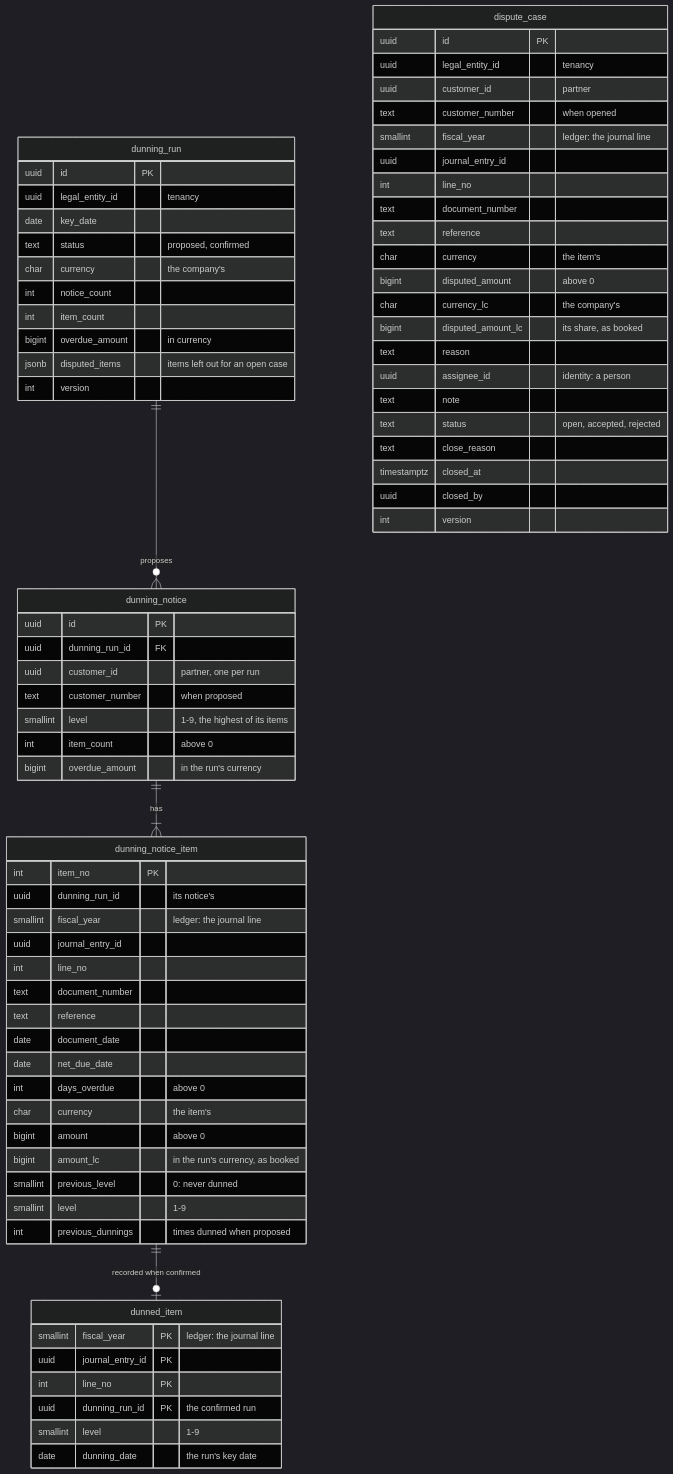
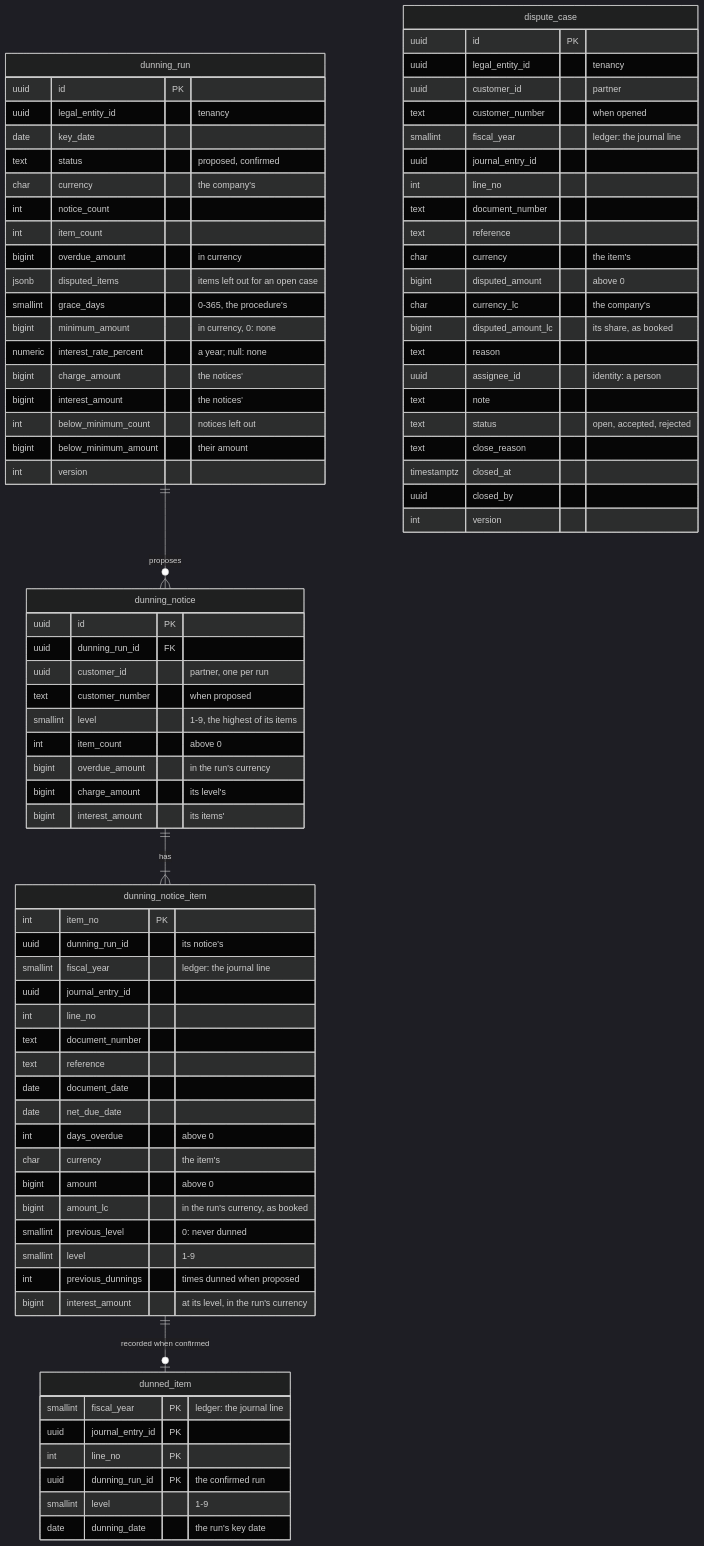
One commit to mustie7iy/agentic-erp changed diagram 15 of 20 in docs/design/03-data-model.md. Above: the diagram before and after it, drawn with Mermaid (dark theme). The commit also changed other lines of this file and 27 other files, not shown here.

First line of the commit message:
T76d: dunning charges, interest, grace days and minimum amounts per company procedure

````diff
--- a/docs/design/03-data-model.md
+++ b/docs/design/03-data-model.md
@@ -4602,66 +4610,76 @@
 ```mermaid
 erDiagram
   dunning_run ||--o{ dunning_notice : "proposes"
   dunning_notice ||--|{ dunning_notice_item : "has"
   dunning_notice_item ||--o| dunned_item : "recorded when confirmed"
   dunning_run { uuid id PK
     uuid legal_entity_id "tenancy"
     date key_date
     text status "proposed, confirmed"
     char currency "the company's"
     int notice_count
     int item_count
     bigint overdue_amount "in currency"
     jsonb disputed_items "items left out for an open case"
+    smallint grace_days "0-365, the procedure's"
+    bigint minimum_amount "in currency, 0: none"
+    numeric interest_rate_percent "a year; null: none"
+    bigint charge_amount "the notices'"
+    bigint interest_amount "the notices'"
+    int below_minimum_count "notices left out"
+    bigint below_minimum_amount "their amount"
     int version }
   dunning_notice { uuid id PK
     uuid dunning_run_id FK
     uuid customer_id "partner, one per run"
     text customer_number "when proposed"
     smallint level "1-9, the highest of its items"
     int item_count "above 0"
-    bigint overdue_amount "in the run's currency" }
+    bigint overdue_amount "in the run's currency"
+    bigint charge_amount "its level's"
+    bigint interest_amount "its items'" }
   dunning_notice_item { int item_no PK
     uuid dunning_run_id "its notice's"
     smallint fiscal_year "ledger: the journal line"
     uuid journal_entry_id
     int line_no
     text document_number
     text reference
     date document_date
     date net_due_date
     int days_overdue "above 0"
     char currency "the item's"
     bigint amount "above 0"
     bigint amount_lc "in the run's currency, as booked"
     smallint previous_level "0: never dunned"
     smallint level "1-9"
-    int previous_dunnings "times dunned when proposed" }
+    int previous_dunnings "times dunned when proposed"
+    bigint interest_amount "at its level, in the run's currency" }
   dunned_item { smallint fiscal_year PK "ledger: the journal line"
     uuid journal_entry_id PK
     int line_no PK
     uuid dunning_run_id PK "the confirmed run"
     smallint level "1-9"
     date dunning_date "the run's key date" }
   dispute_case { uuid id PK
     uuid legal_entity_id "tenancy"
     uuid customer_id "partner"
     text customer_number "when opened"
     smallint fiscal_year "ledger: the journal line"
     uuid journal_entry_id
     int line_no
     text document_number
     text reference
     char currency "the item's"
     bigint disputed_amount "above 0"
     char currency_lc "the company's"
     bigint disputed_amount_lc "its share, as booked"
     text reason
     uuid assignee_id "identity: a person"
     text note
     text status "open, accepted, rejected"
     text close_reason
     timestamptz closed_at
     uuid closed_by
     int version }
 ```
````
